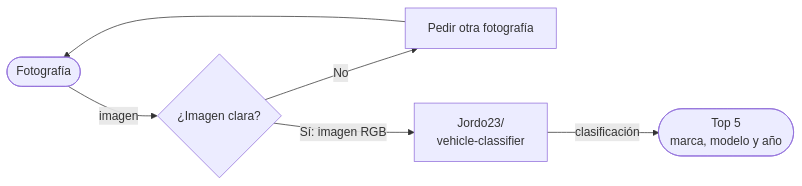
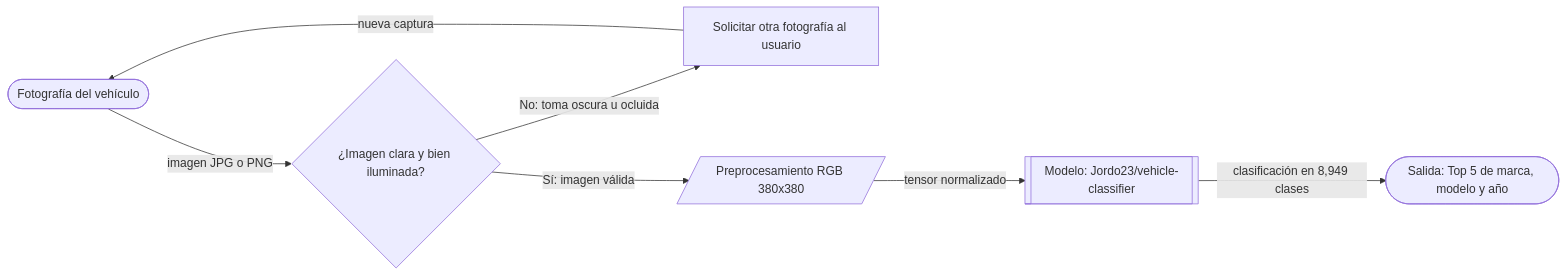
The diagram in README.md (raulchessani-art/in1050-a1-vehiculos), drawn with Mermaid before and after one commit. The commit also changed other lines of this file and 6 other files, not shown here.

Commit message:
Actualiza README con las 11 secciones, .gitignore, fichas del equipo y diagrama de arquitectura

````diff
--- a/README.md
+++ b/README.md
@@ -38,8 +41,9 @@
 ```mermaid
 flowchart LR
-    A([Fotografía]) -->|imagen| B{¿Imagen clara?}
-    B -->|No| C[Pedir otra fotografía]
-    C --> A
-    B -->|Sí: imagen RGB| E["Jordo23/<br/>vehicle-classifier"]
-    E -->|clasificación| F(["Top 5<br/>marca, modelo y año"])
+    A(["Fotografía del vehículo"]) -->|imagen JPG o PNG| B{"¿Imagen clara y bien iluminada?"}
+    B -->|No: toma oscura u ocluida| C["Solicitar otra fotografía al usuario"]
+    C -->|nueva captura| A
+    B -->|Sí: imagen válida| D[/"Preprocesamiento RGB 380x380"/]
+    D -->|tensor normalizado| E[["Modelo: Jordo23/vehicle-classifier"]]
+    E -->|clasificación en 8,949 clases| F(["Salida: Top 5 de marca, modelo y año"])
 ```
````
